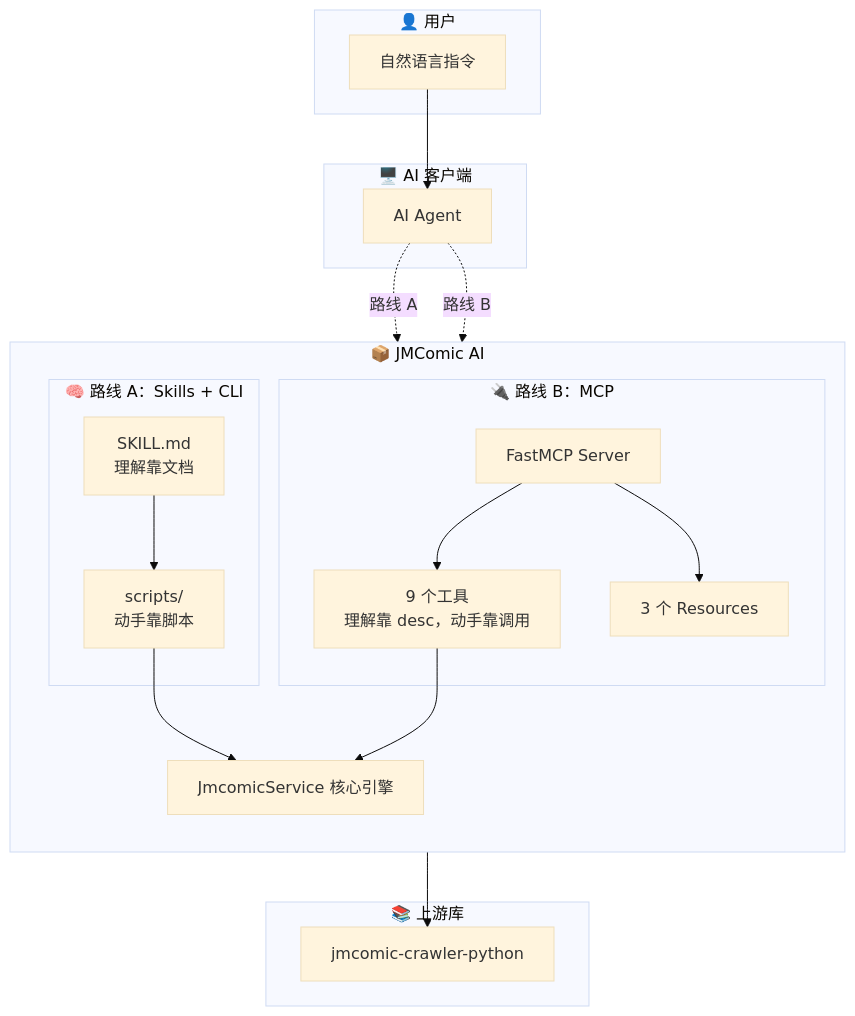
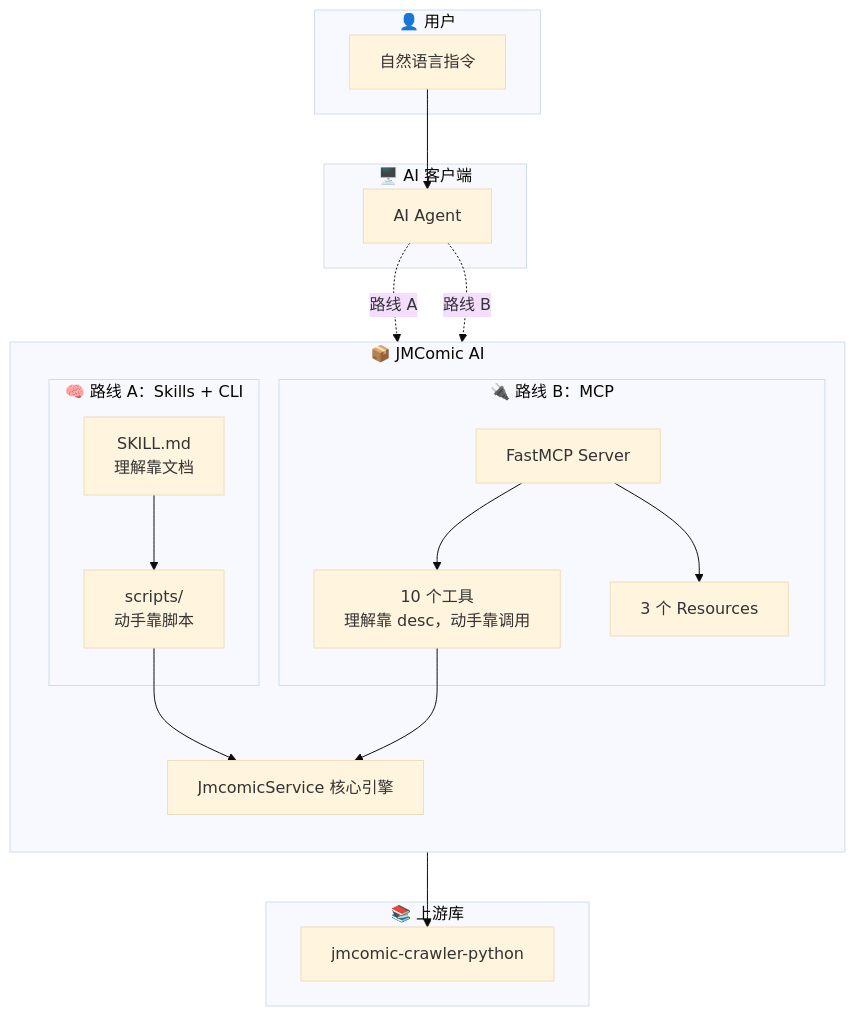
One commit to hect0x7/jmcomic-ai changed the diagram in README.md. Above: the diagram before and after it, drawn with Mermaid (base theme). The commit also changed other lines of this file and 26 other files, not shown here.

````diff
--- a/README.md
+++ b/README.md
@@ -129,41 +114,41 @@
 ```mermaid
 graph TB
     subgraph User["👤 用户"]
         NL["自然语言指令"]
     end
 
     subgraph Host["🖥️ AI 客户端"]
         Agent["AI Agent"]
     end
 
     subgraph JmcomicAI["📦 JMComic AI"]
         direction TB
 
         subgraph Route_Skills["🧠 路线 A：Skills + CLI"]
             SkillMD["SKILL.md\n理解靠文档"]
             Scripts["scripts/\n动手靠脚本"]
         end
 
         subgraph Route_MCP["🔌 路线 B：MCP"]
             Server["FastMCP Server"]
-            Tools["9 个工具\n理解靠 desc，动手靠调用"]
+            Tools["10 个工具\n理解靠 desc，动手靠调用"]
             Resources["3 个 Resources"]
         end
 
         Core["JmcomicService 核心引擎"]
     end
 
     subgraph Upstream["📚 上游库"]
         JmLib["jmcomic-crawler-python"]
     end
 
     NL --> Agent
     Agent -. "路线 A" .-> SkillMD
     SkillMD --> Scripts
     Agent -. "路线 B" .-> Server
     Server --> Tools
     Server --> Resources
     Scripts --> Core
     Tools --> Core
     Core --> JmLib
 ```
````
